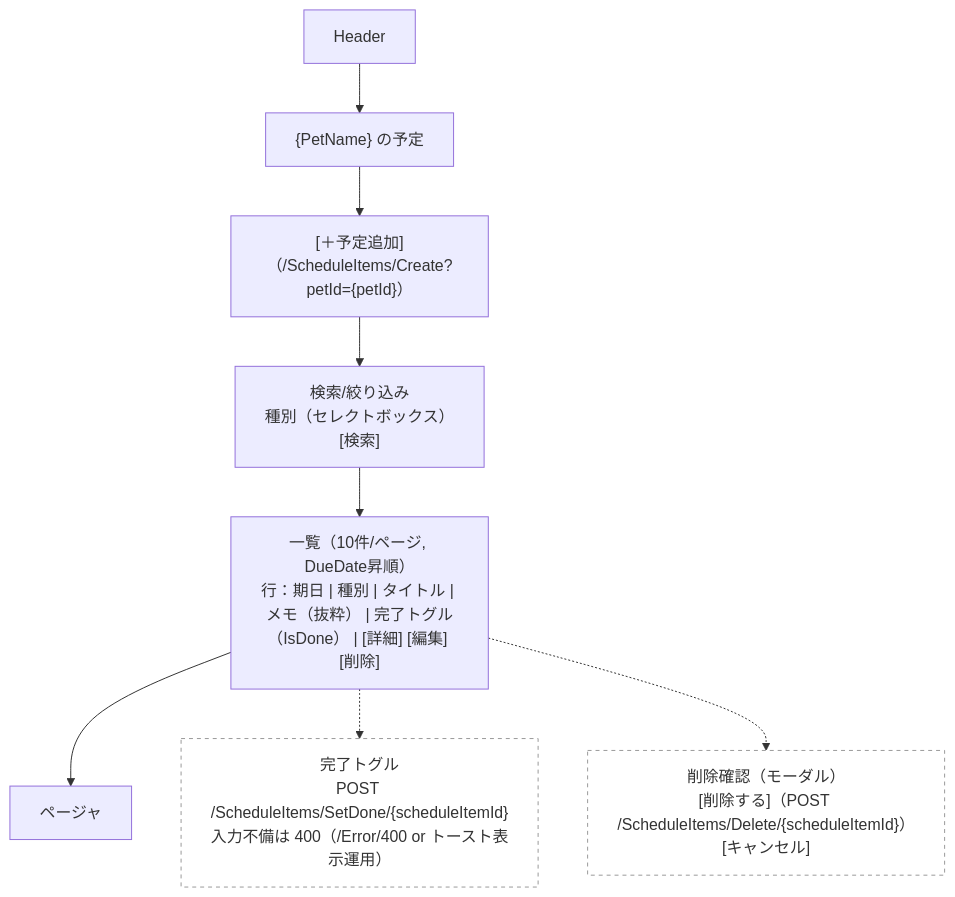
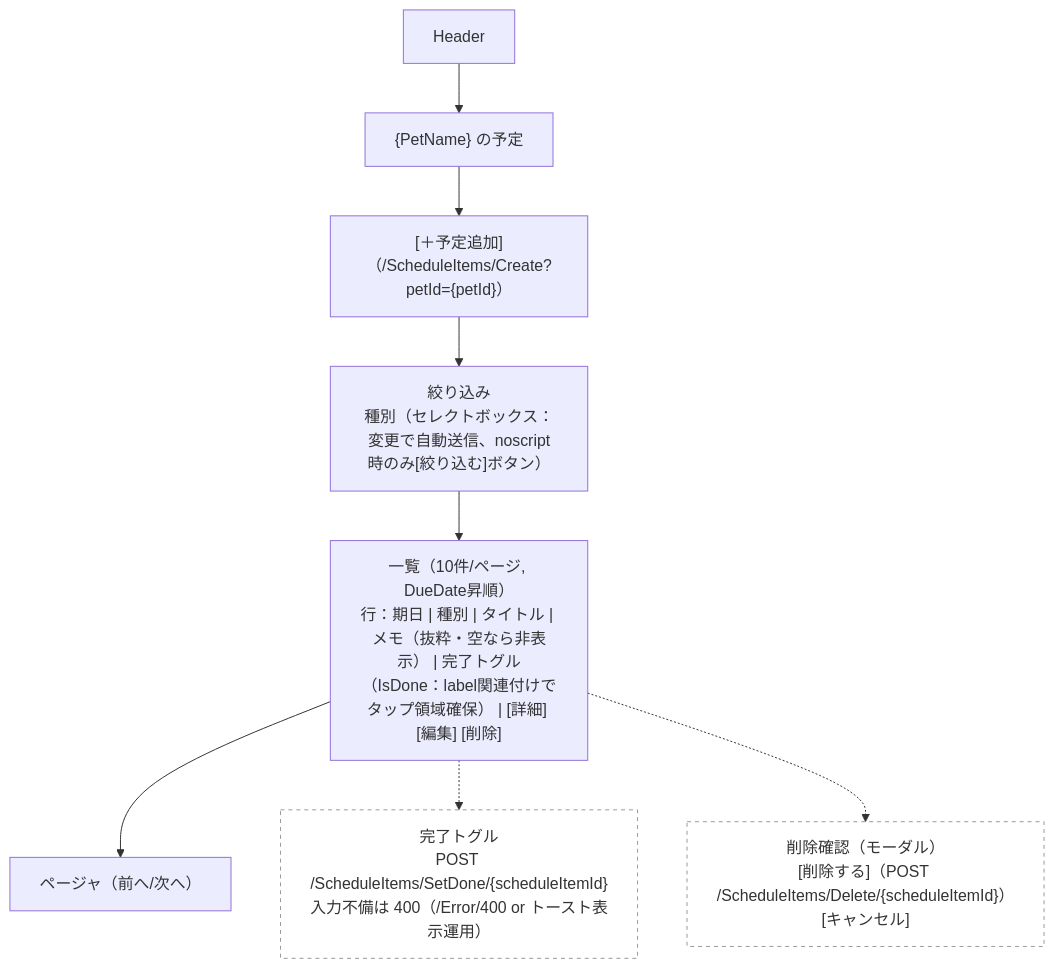
Before and after one commit to Cat5Dog2/PetHealthManagement: diagram 16 of 24 in docs/ui-wireframe.md, drawn with Mermaid. The commit also changed other lines of this file and 41 other files, not shown here.

````diff
--- a/docs/ui-wireframe.md
+++ b/docs/ui-wireframe.md
@@ -247,17 +277,17 @@
 ```mermaid
 flowchart TB
   Header["Header"]
   Title["{PetName} の予定"]
   Actions["[＋予定追加]（/ScheduleItems/Create?petId={petId}）"]
-  Filters["検索/絞り込み<br/>種別（セレクトボックス）<br/>[検索]"]
-  List["一覧（10件/ページ, DueDate昇順）<br/>行：期日 | 種別 | タイトル | メモ（抜粋） | 完了トグル（IsDone） | [詳細] [編集] [削除]"]
-  Pager["ページャ"]
+  Filters["絞り込み<br/>種別（セレクトボックス：変更で自動送信、noscript時のみ[絞り込む]ボタン）"]
+  List["一覧（10件/ページ, DueDate昇順）<br/>行：期日 | 種別 | タイトル | メモ（抜粋・空なら非表示） | 完了トグル（IsDone：label関連付けでタップ領域確保） | [詳細] [編集] [削除]"]
+  Pager["ページャ（前へ/次へ）"]
   ToggleNote["完了トグル<br/>POST /ScheduleItems/SetDone/{scheduleItemId}<br/>入力不備は 400（/Error/400 or トースト表示運用）"]:::note
   DeleteConfirm["削除確認（モーダル）<br/>[削除する]（POST /ScheduleItems/Delete/{scheduleItemId}）<br/>[キャンセル]"]:::note
 
   Header --> Title --> Actions --> Filters --> List --> Pager
   List -.-> ToggleNote
   List -.-> DeleteConfirm
 
   classDef note fill:#fff,stroke:#999,stroke-dasharray: 4 4,color:#333;
 ```
````
